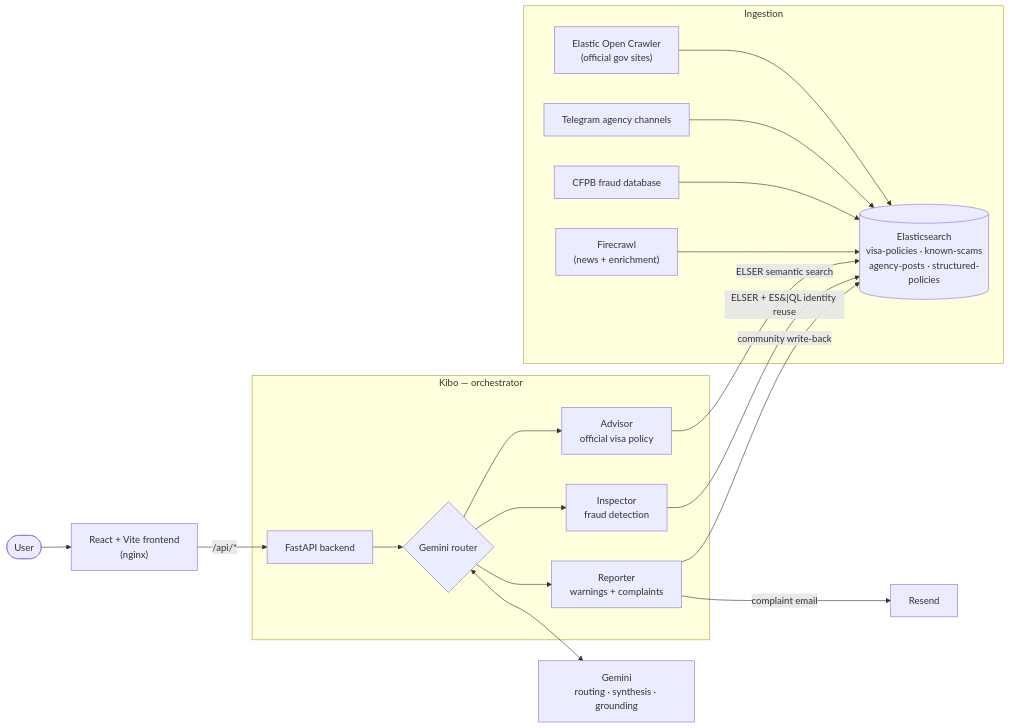
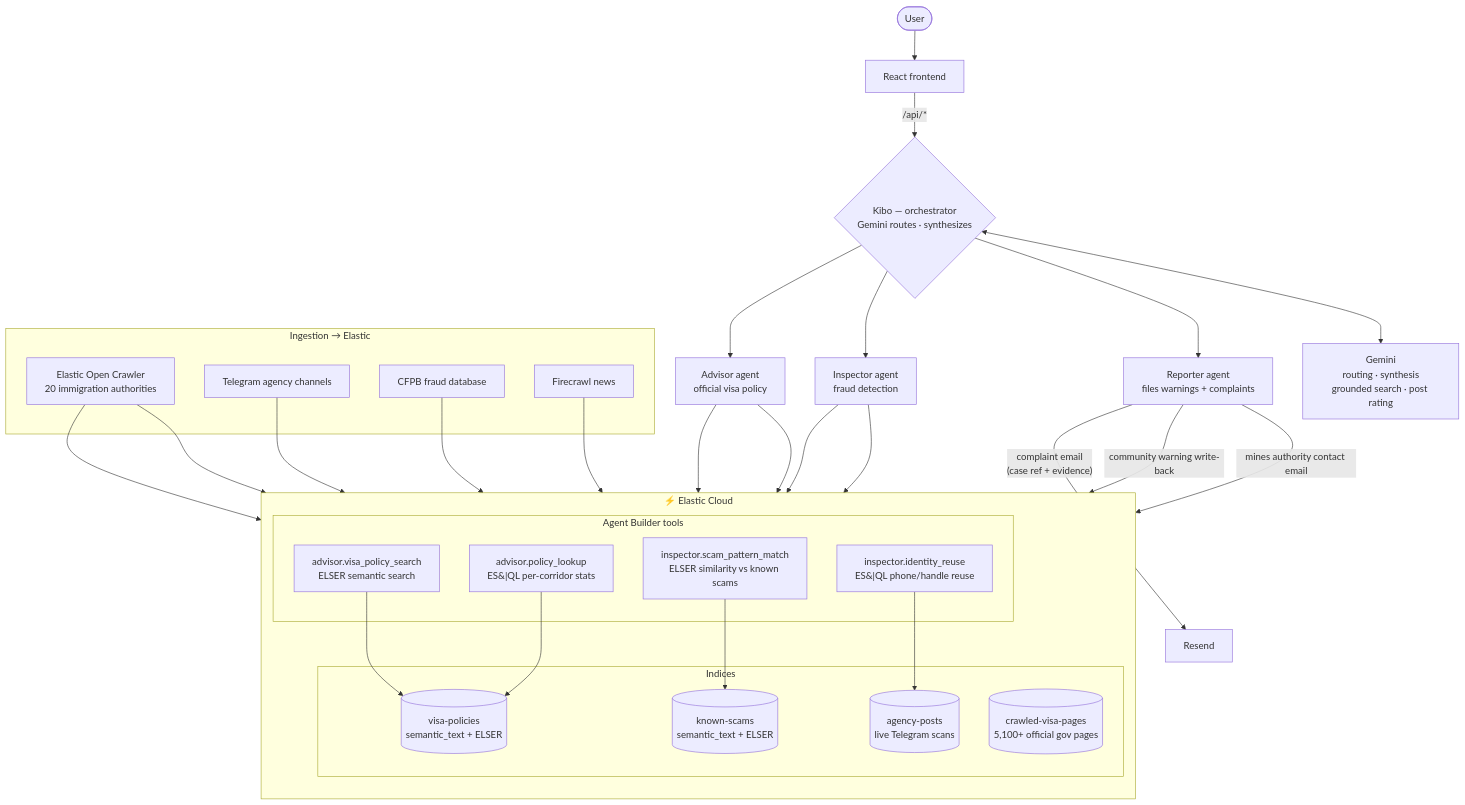
Before and after one commit to yordanoskassa/carryover: the diagram in README.md, drawn with Mermaid. The commit also changed other lines of this file, not shown here.

Commit message:
README: Elastic-heavy architecture diagram — Agent Builder tools, ELSER/ES|QL per agent, indices; Gemini and Resend in supporting roles

````diff
--- a/README.md
+++ b/README.md
@@ -29,25 +29,47 @@
 ```mermaid
-flowchart LR
-    user([User]) --> fe["React + Vite frontend\n(nginx)"]
-    fe -- "/api/*" --> api["FastAPI backend"]
+flowchart TB
+    user([User]) --> fe["React frontend"]
+    fe -- "/api/*" --> kibo{"Kibo — orchestrator\nGemini routes · synthesizes"}
 
-    subgraph orch ["Kibo — orchestrator"]
-        api --> kibo{"Gemini router"}
-        kibo --> advisor["Advisor\nofficial visa policy"]
-        kibo --> inspector["Inspector\nfraud detection"]
-        kibo --> reporter["Reporter\nwarnings + complaints"]
+    kibo --> advisor["Advisor agent\nofficial visa policy"]
+    kibo --> inspector["Inspector agent\nfraud detection"]
+    kibo --> reporter["Reporter agent\nfiles warnings + complaints"]
+
+    subgraph elastic ["⚡ Elastic Cloud"]
+        direction TB
+        subgraph tools ["Agent Builder tools"]
+            t1["advisor.visa_policy_search\nELSER semantic search"]
+            t2["advisor.policy_lookup\nES&#124;QL per-corridor stats"]
+            t3["inspector.scam_pattern_match\nELSER similarity vs known scams"]
+            t4["inspector.identity_reuse\nES&#124;QL phone/handle reuse"]
+        end
+        subgraph idx ["Indices"]
+            i1[("visa-policies\nsemantic_text + ELSER")]
+            i2[("known-scams\nsemantic_text + ELSER")]
+            i3[("agency-posts\nlive Telegram scans")]
+            i4[("crawled-visa-pages\n5,100+ official gov pages")]
+        end
+        t1 --> i1
+        t2 --> i1
+        t3 --> i2
+        t4 --> i3
     end
 
-    advisor -- "ELSER semantic search" --> es[("Elasticsearch\nvisa-policies · known-scams\nagency-posts · structured-policies")]
-    inspector -- "ELSER + ES&#124;QL identity reuse" --> es
-    reporter -- "community write-back" --> es
-    reporter -- "complaint email" --> resend["Resend"]
-    kibo <--> gemini["Gemini\nrouting · synthesis · grounding"]
+    advisor --> t1
+    advisor --> t2
+    inspector --> t3
+    inspector --> t4
+    reporter -- "community warning write-back" --> i2
+    reporter -- "mines authority contact email" --> i4
 
-    subgraph ingest ["Ingestion"]
-        crawler["Elastic Open Crawler\n(official gov sites)"] --> es
-        telegram["Telegram agency channels"] --> es
-        cfpb["CFPB fraud database"] --> es
-        firecrawl["Firecrawl\n(news + enrichment)"] --> es
+    kibo <--> gemini["Gemini\nrouting · synthesis\ngrounded search · post rating"]
+    reporter -- "complaint email\n(case ref + evidence)" --> resend["Resend"]
+
+    subgraph ingest ["Ingestion → Elastic"]
+        crawler["Elastic Open Crawler\n20 immigration authorities"] --> i4
+        crawler --> i1
+        telegram["Telegram agency channels"] --> i3
+        cfpb["CFPB fraud database"] --> i2
+        firecrawl["Firecrawl news"] --> i1
     end
 ```
````
